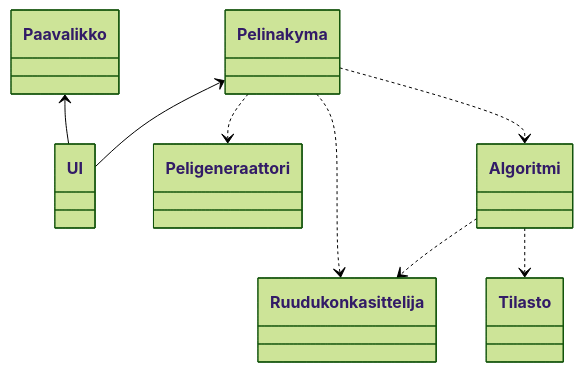
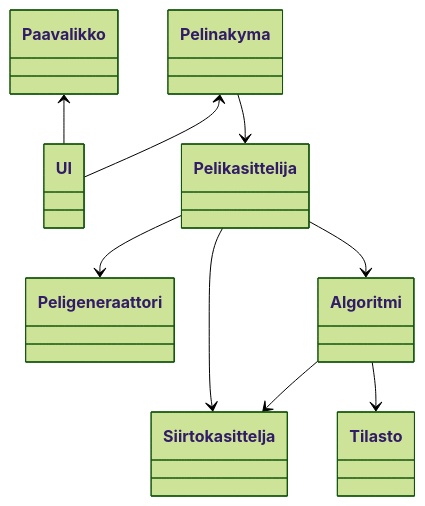
One commit to EliasTHelsinginYliopisto/15PelinRatkaisija changed the first of 4 diagrams in Dokumentaatio/Toteutusdokumentti.md. Above: the diagram before and after it, drawn with Mermaid (forest theme). The commit also changed other lines of this file and 7 other files, not shown here.

````diff
--- a/Dokumentaatio/Toteutusdokumentti.md
+++ b/Dokumentaatio/Toteutusdokumentti.md
@@ -4,23 +4,26 @@
 ```mermaid
 classDiagram
     class UI{
     }
     class Paavalikko{
     }
     class Pelinakyma{
     }
     class Peligeneraattori{
     }
-    class Ruudukonkasittelija{
+    class Pelikasittelija{
+    }
+    class Siirtokasittelja{
     }
     class Algoritmi{
     }
 
     Paavalikko <-- UI
     Pelinakyma <-- UI
-    Pelinakyma ..>  Peligeneraattori
-    Pelinakyma ..> Ruudukonkasittelija
-    Pelinakyma ..> Algoritmi
-    Algoritmi ..> Ruudukonkasittelija
-    Algoritmi ..> Tilasto
+    Pelinakyma --> Pelikasittelija
+    Pelikasittelija -->  Peligeneraattori
+    Pelikasittelija --> Siirtokasittelja
+    Pelikasittelija --> Algoritmi
+    Algoritmi --> Siirtokasittelja
+    Algoritmi --> Tilasto
 ```
````
